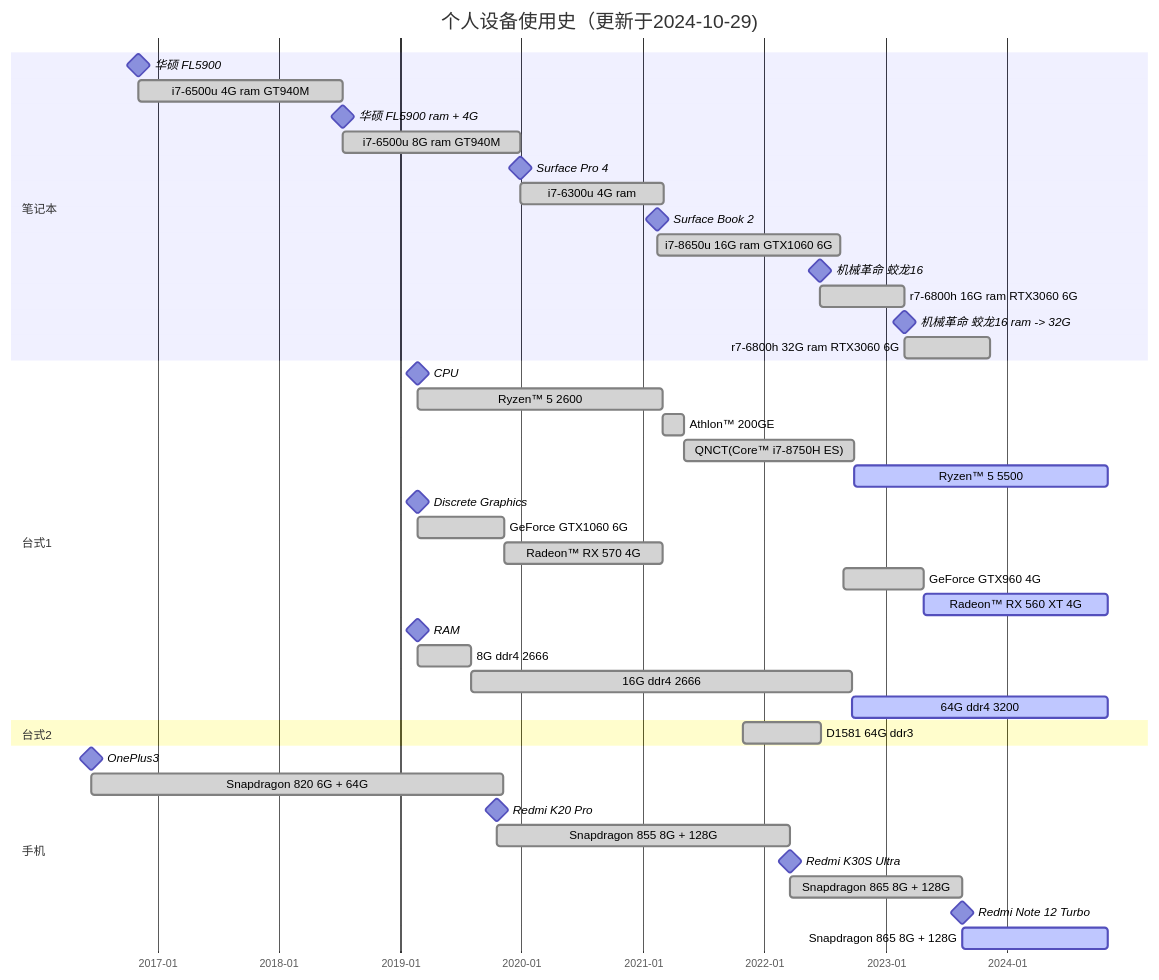
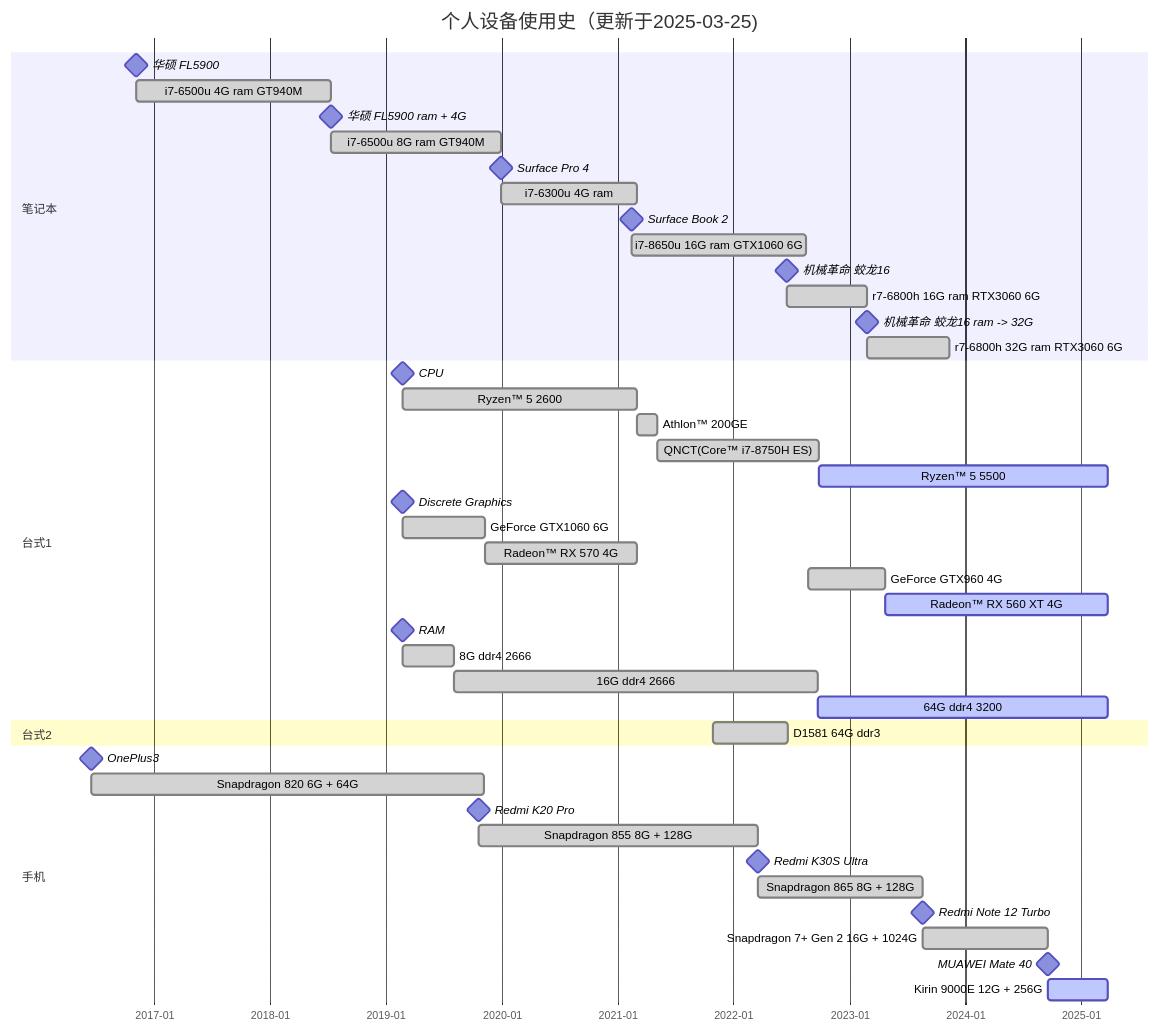
The diagram in source/microchip/index.md (xuanyabulema/xuanyabulema.github.io), drawn with Mermaid before and after one commit. The commit also changed 3 other files, not shown here.

````diff
--- a/source/microchip/index.md
+++ b/source/microchip/index.md
@@ -13,54 +13,56 @@
 ```mermaid
 gantt
-    title 个人设备使用史（更新于2024-10-29)
+    title 个人设备使用史（更新于2025-03-25)
     dateFormat  YYYY-MM-DD
     axisFormat  %Y-%m
     
     section 笔记本
     华硕 FL5900                                 :milestone, 2016-11-03, 0d
     i7-6500u  4G ram GT940M                     :done, 2016-11-03, 2018-07-13
     华硕 FL5900  ram + 4G                        :milestone, 2018-07-13, 0d
     i7-6500u  8G ram GT940M                     :done, 2018-07-13, 2019-12-29
     Surface Pro 4                               :milestone, 2019-12-29, 0d
     i7-6300u  4G ram                            :done, 2019-12-29, 2021-03-03
     Surface Book 2                              :milestone, 2021-02-12, 0d
     i7-8650u  16G ram  GTX1060 6G               :done, 2021-02-12, 2022-08-18
     机械革命 蛟龙16                               :milestone, 2022-06-17, 0d
     r7-6800h  16G ram    RTX3060 6G             :done, 2022-06-17, 2023-02-26
     机械革命 蛟龙16  ram -> 32G                   :milestone, 2023-02-26, 0d
     r7-6800h  32G ram    RTX3060 6G             :done, 2023-02-26, 2023-11-11
     
     
     section 台式1
     CPU                                         :milestone, 2019-02-22, 0d
     Ryzen™ 5 2600                               :done, 2019-02-22, 2021-03-01
     Athlon™ 200GE                               :done, 2021-03-01, 2021-05-04
     QNCT(Core™ i7-8750H ES)                     :done, 2021-05-04, 2022-09-26
-    Ryzen™ 5 5500                               :active, 2022-09-26, 2024-10-29
+    Ryzen™ 5 5500                               :active, 2022-09-26, 2025-03-25
     
     Discrete Graphics                           :milestone, 2019-02-22, 0d
     GeForce GTX1060 6G                          :done, 2019-02-22, 2019-11-10
     Radeon™ RX 570 4G                           :done, 2019-11-10, 2021-03-01
     GeForce GTX960 4G                           :done, 2022-08-25, 2023-04-23
-    Radeon™ RX 560 XT 4G                        :active, 2023-04-23, 2024-10-29
+    Radeon™ RX 560 XT 4G                        :active, 2023-04-23, 2025-03-25
     
     RAM                                         :milestone, 2019-02-22, 0d
     8G ddr4 2666                                :done, 2019-02-22, 2019-08-02
     16G ddr4 2666                               :done, 2019-08-02, 2022-09-22
-    64G ddr4 3200                               :active, 2022-09-22, 2024-10-29
+    64G ddr4 3200                               :active, 2022-09-22, 2025-03-25
     
     
     section 台式2
     D1581 64G ddr3                              :done, 2021-10-29,2022-06-19
     
     
     section 手机
     OnePlus3                                    :milestone, 2016-06-16, 0d
     Snapdragon 820 6G + 64G                     :done, 2016-06-16, 2019-11-06
     Redmi K20 Pro                               :milestone, 2019-10-19, 0d
     Snapdragon 855  8G + 128G                   :done, 2019-10-19, 2022-03-18
     Redmi K30S Ultra                            :milestone, 2022-03-18, 0d
     Snapdragon 865  8G + 128G                   :done, 2022-03-18, 2023-08-19
     Redmi Note 12 Turbo                         :milestone, 2023-08-19, 0d
-    Snapdragon 865  8G + 128G                   :active, 2023-08-19, 2024-10-29
+    Snapdragon 7+ Gen 2  16G + 1024G            :done, 2023-08-19, 2024-09-18
+    MUAWEI Mate 40                              :milestone, 2024-09-18, 0d
+    Kirin 9000E    12G + 256G                   :active, 2024-09-18, 2025-03-25
 ```
````
